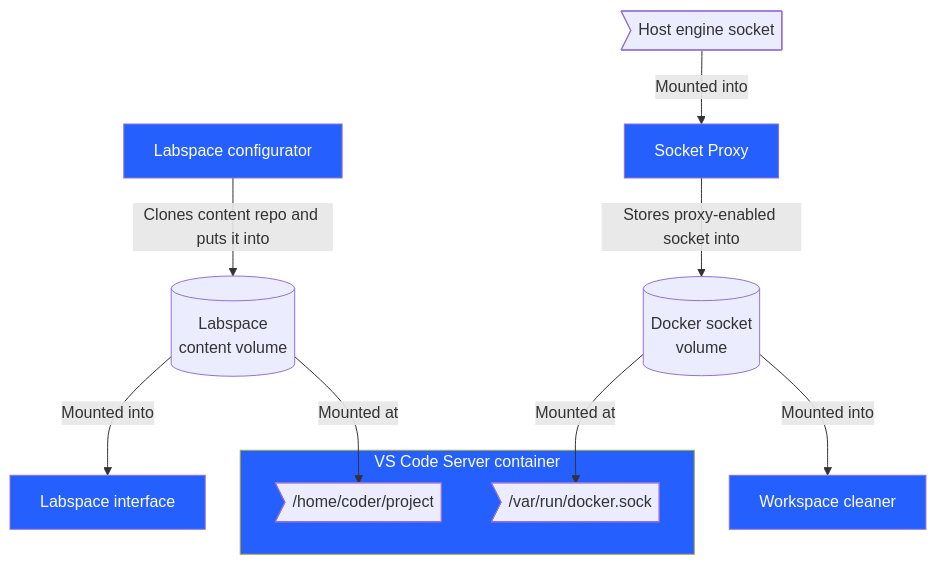
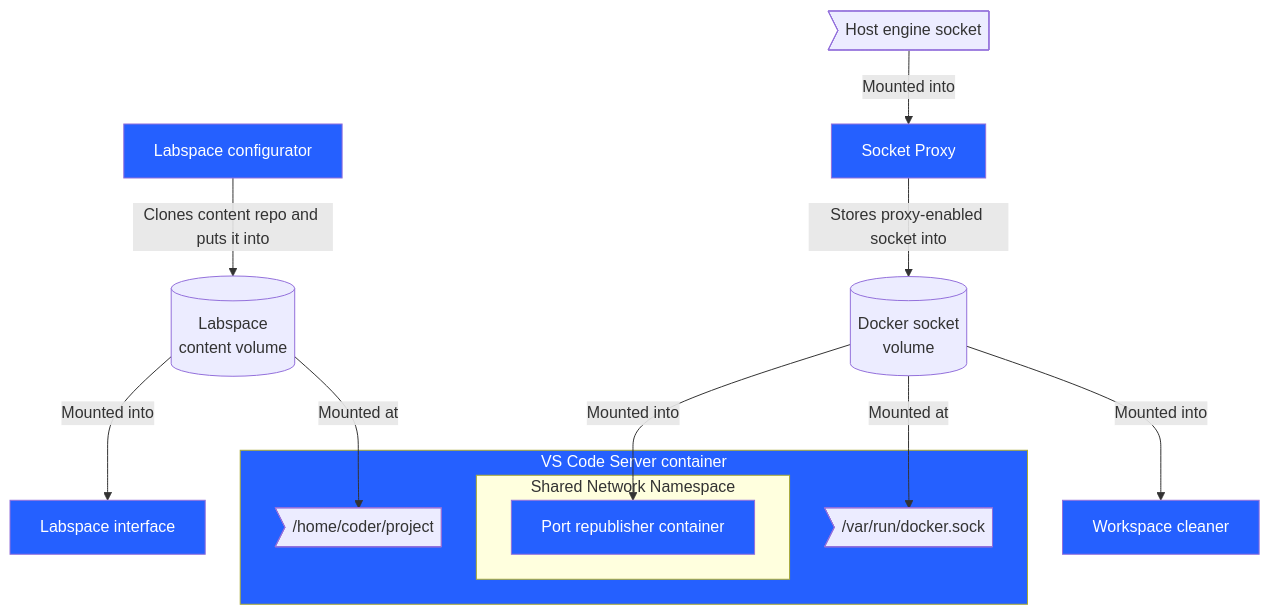
Before and after one commit to dockersamples/labspace-infra: the diagram in docs/architecture.md, drawn with Mermaid. The commit also changed other lines of this file and 13 other files, not shown here.

````diff
--- a/docs/architecture.md
+++ b/docs/architecture.md
@@ -9,22 +9,28 @@
 ```mermaid
 flowchart TD
     classDef containerNode fill:#2560FF,color:#fff
 
     subgraph VSCodeServer[VS Code Server container]
         project@{ shape: odd, label: "/home/coder/project" }
         socket@{ shape: odd, label: "/var/run/docker.sock" }
+
+        subgraph Shared Network Namespace
+            PortRepublisher[Port republisher container]:::containerNode
+        end
     end
 
     VSCodeServer:::containerNode
 
     Setup[Labspace configurator]:::containerNode -->|Clones content repo and puts it into| Volume@{ shape: cyl, label: "Labspace\ncontent volume" }
 
     Volume --> |Mounted into| Interface[Labspace interface]:::containerNode
     Volume --> |Mounted at| project
 
+    SocketVolume -->|Mounted into| PortRepublisher
+
     HostProxy@{ shape: odd, label: "Host engine socket" } --> |Mounted into|ProxyContainer
     ProxyContainer[Socket Proxy]:::containerNode -->|Stores proxy-enabled socket into| SocketVolume@{ shape: cyl, label: "Docker socket\nvolume" }
     SocketVolume -->|Mounted at| socket
 
     SocketVolume -->|Mounted into| WorkspaceCleaner[Workspace cleaner]:::containerNode
 ```
````
